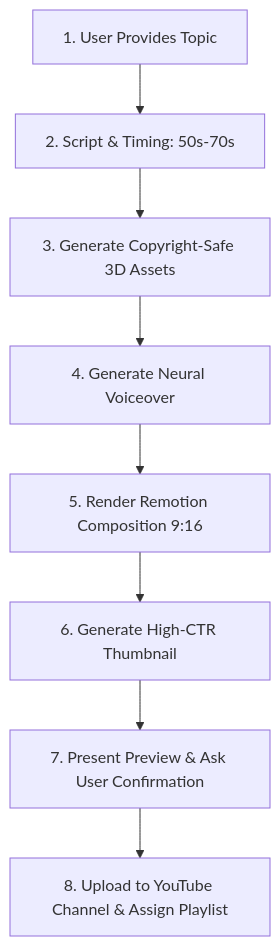
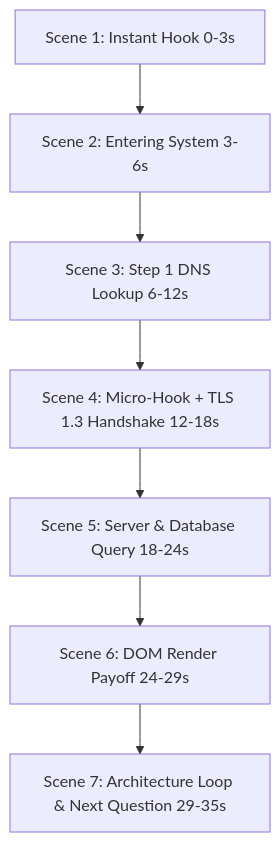
Before and after one commit to subbu-475/code_generator: the diagram in .agents/skills/shorts-creator/SKILL.md, drawn with Mermaid. The commit also changed other lines of this file and 24 other files, not shown here.

````diff
--- a/.agents/skills/shorts-creator/SKILL.md
+++ b/.agents/skills/shorts-creator/SKILL.md
@@ -14,10 +45,9 @@
 ```mermaid
 graph TD
-  A[1. User Provides Topic] --> B[2. Script & Timing: 50s-70s]
-  B --> C[3. Generate Copyright-Safe 3D Assets]
-  C --> D[4. Generate Neural Voiceover]
-  D --> E[5. Render Remotion Composition 9:16]
-  E --> F[6. Generate High-CTR Thumbnail]
-  F --> G[7. Present Preview & Ask User Confirmation]
-  G --> H[8. Upload to YouTube Channel & Assign Playlist]
+  A[Scene 1: Instant Hook 0-3s] --> B[Scene 2: Entering System 3-6s]
+  B --> C[Scene 3: Step 1 DNS Lookup 6-12s]
+  C --> D[Scene 4: Micro-Hook + TLS 1.3 Handshake 12-18s]
+  D --> E[Scene 5: Server & Database Query 18-24s]
+  E --> F[Scene 6: DOM Render Payoff 24-29s]
+  F --> G[Scene 7: Architecture Loop & Next Question 29-35s]
 ```
````
